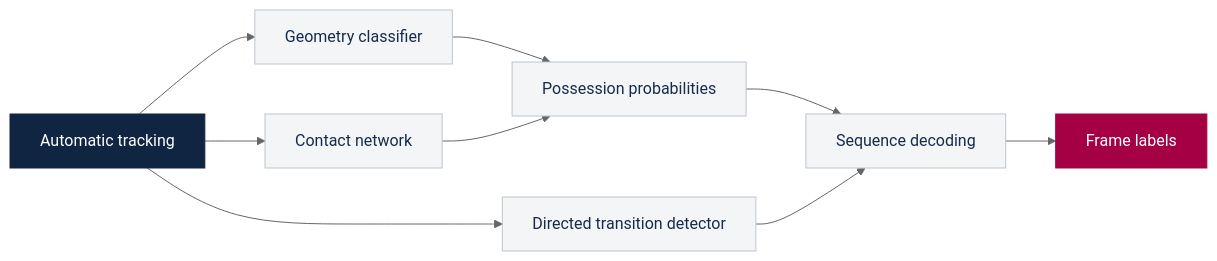
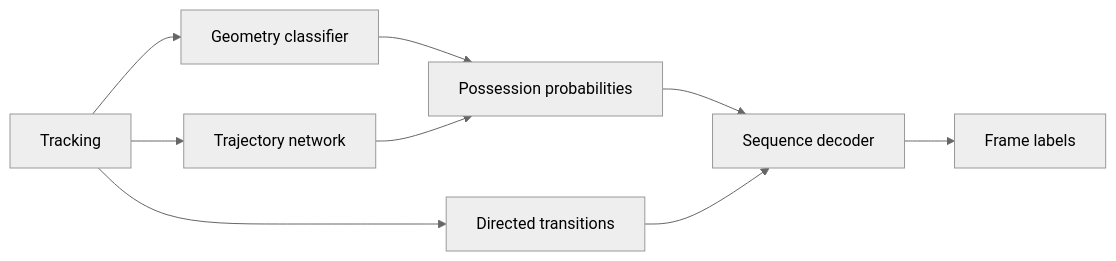
The diagram in README.md (aqaPayam/Barca4Ever), drawn with Mermaid (neutral theme) before and after one commit. The commit also changed other lines of this file and 7 other files, not shown here.

````diff
--- a/README.md
+++ b/README.md
@@ -53,17 +31,11 @@
 ```mermaid
 flowchart LR
-    A[Automatic tracking] --> B[Geometry classifier]
-    A --> C[Contact network]
-    B --> D[Possession probabilities]
-    C --> D
-    A --> E[Directed transition detector]
-    D --> F[Sequence decoding]
-    E --> F
-    F --> G[Frame labels]
-    classDef input fill:#102542,stroke:#102542,color:#fff
-    classDef model fill:#F3F5F7,stroke:#BCC5D0,color:#172B4D
-    classDef output fill:#A50044,stroke:#A50044,color:#fff
-    class A input
-    class B,C,D,E,F model
-    class G output
+    T[Tracking] --> G[Geometry classifier]
+    T --> N[Trajectory network]
+    G --> P[Possession probabilities]
+    N --> P
+    T --> B[Directed transitions]
+    P --> D[Sequence decoder]
+    B --> D
+    D --> Y[Frame labels]
 ```
````
